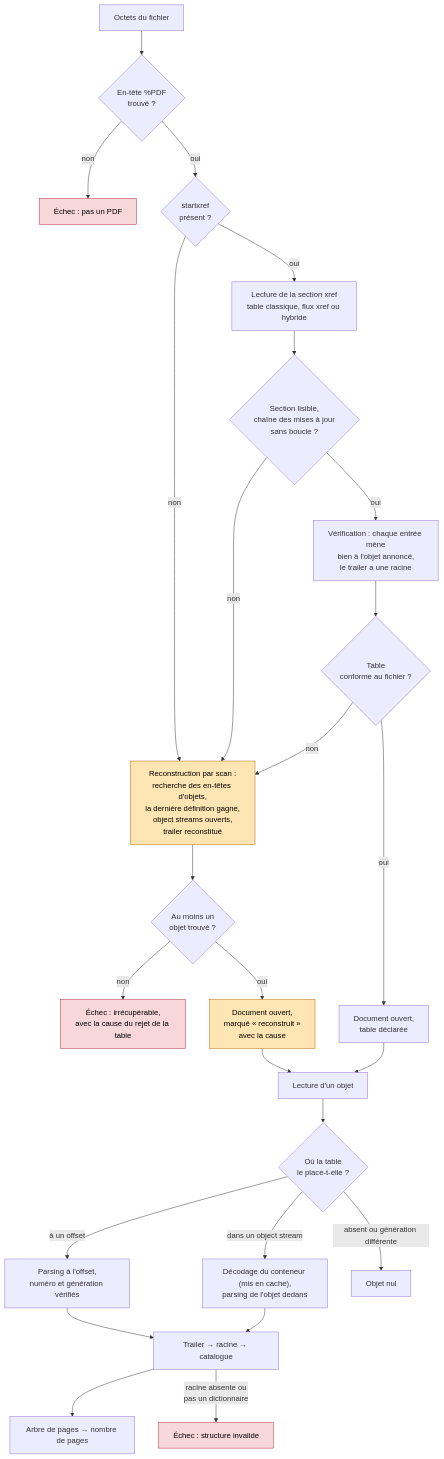
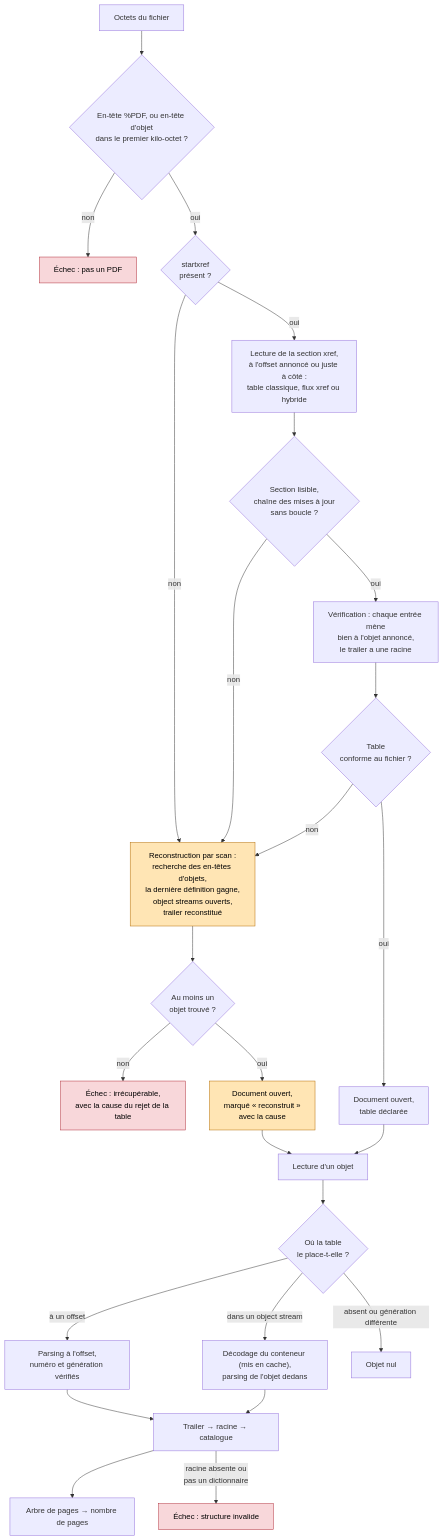
Before and after one commit to LePetitCarcajou/4youpdf: the second of 4 diagrams in docs/diagrams.md, drawn with Mermaid. The commit also changed other lines of this file and 12 other files, not shown here.

````diff
--- a/docs/diagrams.md
+++ b/docs/diagrams.md
@@ -73,34 +73,34 @@
 ```mermaid
 flowchart TD
-    input["Octets du fichier"] --> quick{"En-tête %PDF<br/>trouvé ?"}
+    input["Octets du fichier"] --> quick{"En-tête %PDF, ou en-tête d'objet<br/>dans le premier kilo-octet ?"}
     quick -- non --> badheader["Échec : pas un PDF"]
     quick -- oui --> startxref{"startxref<br/>présent ?"}
     startxref -- non --> scan
-    startxref -- oui --> section["Lecture de la section xref<br/>table classique, flux xref ou hybride"]
+    startxref -- oui --> section["Lecture de la section xref,<br/>à l'offset annoncé ou juste à côté :<br/>table classique, flux xref ou hybride"]
     section --> prev{"Section lisible,<br/>chaîne des mises à jour<br/>sans boucle ?"}
     prev -- non --> scan
     prev -- oui --> verify["Vérification : chaque entrée mène<br/>bien à l'objet annoncé,<br/>le trailer a une racine"]
     verify --> ok{"Table<br/>conforme au fichier ?"}
     ok -- non --> scan
     ok -- oui --> doc["Document ouvert,<br/>table déclarée"]
     scan["Reconstruction par scan :<br/>recherche des en-têtes d'objets,<br/>la dernière définition gagne,<br/>object streams ouverts,<br/>trailer reconstitué"]
     scan --> found{"Au moins un<br/>objet trouvé ?"}
     found -- non --> unrecoverable["Échec : irrécupérable,<br/>avec la cause du rejet de la table"]
     found -- oui --> repaired["Document ouvert,<br/>marqué « reconstruit »<br/>avec la cause"]
 
     doc --> get
     repaired --> get
     get["Lecture d'un objet"] --> kind{"Où la table<br/>le place-t-elle ?"}
     kind -- "à un offset" --> direct["Parsing à l'offset,<br/>numéro et génération vérifiés"]
     kind -- "dans un object stream" --> objstm["Décodage du conteneur (mis en cache),<br/>parsing de l'objet dedans"]
     kind -- "absent ou génération différente" --> nullobj["Objet nul"]
     direct --> catalog
     objstm --> catalog
     catalog["Trailer → racine → catalogue"] --> pages["Arbre de pages → nombre de pages"]
     catalog -- "racine absente ou<br/>pas un dictionnaire" --> badstructure["Échec : structure invalide"]
 
     classDef fail fill:#f8d7da,stroke:#b02a37,color:#000
     classDef recover fill:#ffe5b4,stroke:#b36b00,color:#000
     class badheader,unrecoverable,badstructure fail
     class scan,repaired recover
 ```
````
